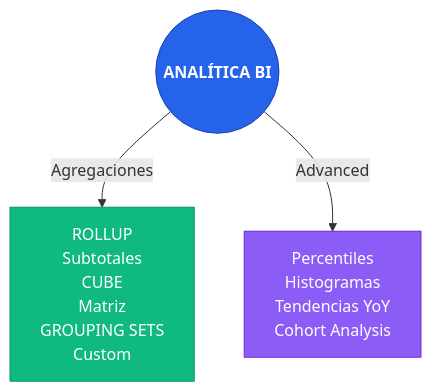
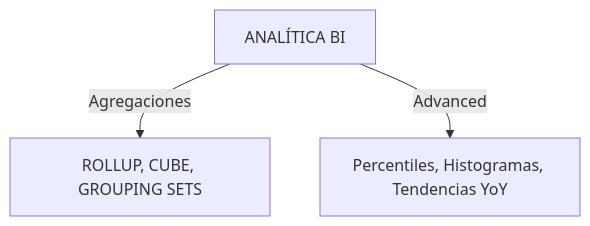
Before and after one commit to rraulherediaa/PracticasEstructurasDatos: the seventh of 12 diagrams in diagramas.md, drawn with Mermaid. The commit also changed other lines of this file and 1 other file, not shown here.

Commit message:
fix: simplificar diagramas Mermaid al máximo para asegurar compatibilidad total

````diff
--- a/diagramas.md
+++ b/diagramas.md
@@ -146,14 +88,7 @@
 ```mermaid
 flowchart TD
-    BI(("ANALÍTICA BI"))
+    BI["ANALÍTICA BI"]
     
-    BI -->|Agregaciones| AGG["ROLLUP<br/>Subtotales<br/>CUBE<br/>Matriz<br/>GROUPING SETS<br/>Custom"]
-    BI -->|Advanced| ADV["Percentiles<br/>Histogramas<br/>Tendencias YoY<br/>Cohort Analysis"]
-
-    classDef central fill:#2563eb,color:#fff,font-weight:bold,stroke:#1e40af
-    classDef rollup fill:#10b981,color:#fff,stroke:#059669
-    classDef agg fill:#8b5cf6,color:#fff,stroke:#6d28d9
-    class BI central
-    class AGG rollup
-    class ADV agg
+    BI -->|Agregaciones| AGG["ROLLUP, CUBE, GROUPING SETS"]
+    BI -->|Advanced| ADV["Percentiles, Histogramas, Tendencias YoY"]
 ```
````
